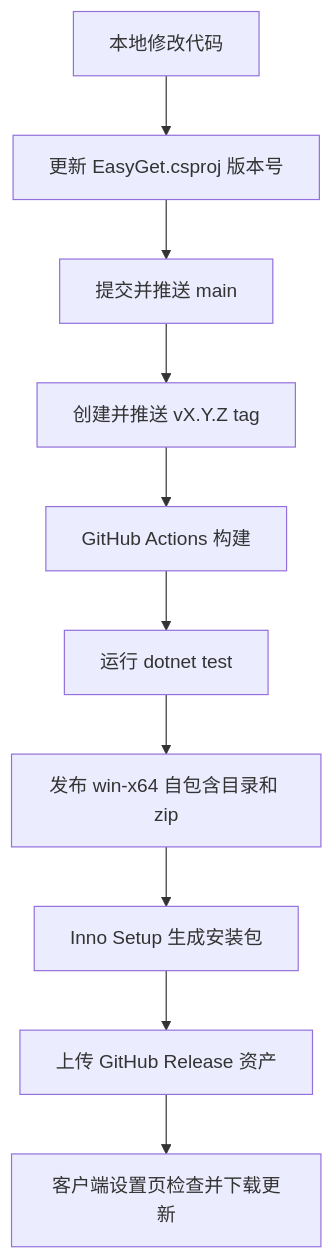
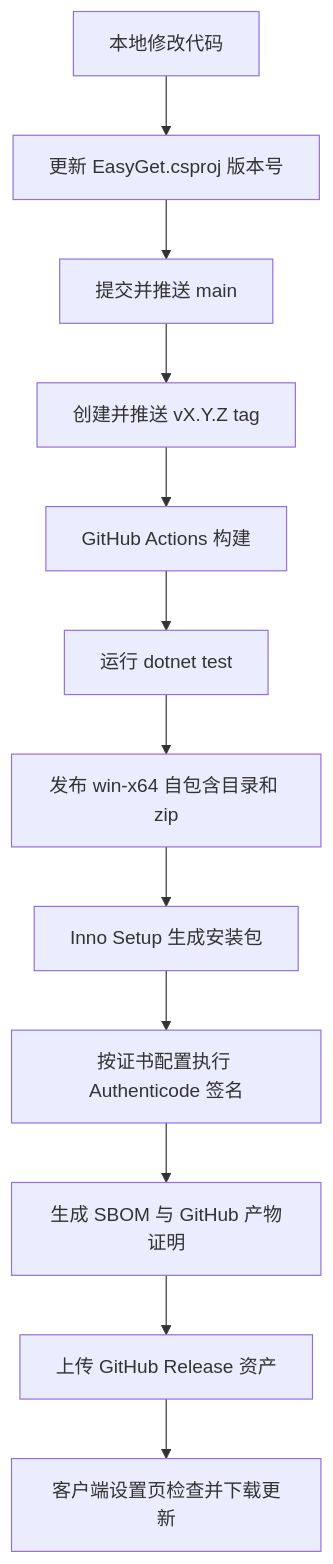
The diagram in docs/release_and_updater_manual.md (zzf-857/EasyGet), drawn with Mermaid before and after one commit. The commit also changed other lines of this file and 33 other files, not shown here.

````diff
--- a/docs/release_and_updater_manual.md
+++ b/docs/release_and_updater_manual.md
@@ -7,12 +7,14 @@
 ```mermaid
 graph TD
     A["本地修改代码"] --> B["更新 EasyGet.csproj 版本号"]
     B --> C["提交并推送 main"]
     C --> D["创建并推送 vX.Y.Z tag"]
     D --> E["GitHub Actions 构建"]
     E --> F["运行 dotnet test"]
     F --> G["发布 win-x64 自包含目录和 zip"]
     G --> H["Inno Setup 生成安装包"]
-    H --> I["上传 GitHub Release 资产"]
-    I --> J["客户端设置页检查并下载更新"]
+    H --> I["按证书配置执行 Authenticode 签名"]
+    I --> J["生成 SBOM 与 GitHub 产物证明"]
+    J --> K["上传 GitHub Release 资产"]
+    K --> L["客户端设置页检查并下载更新"]
 ```
````
